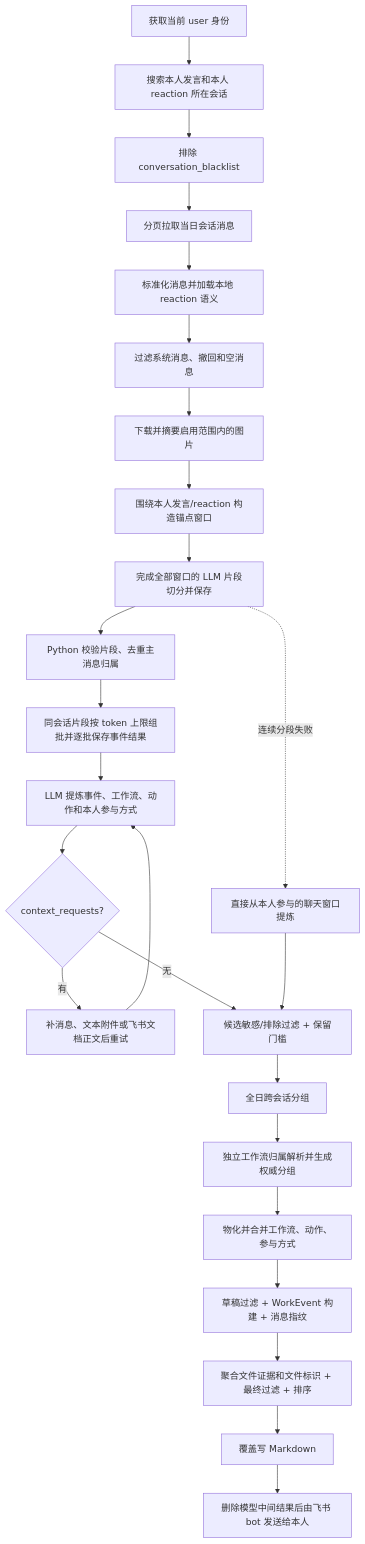
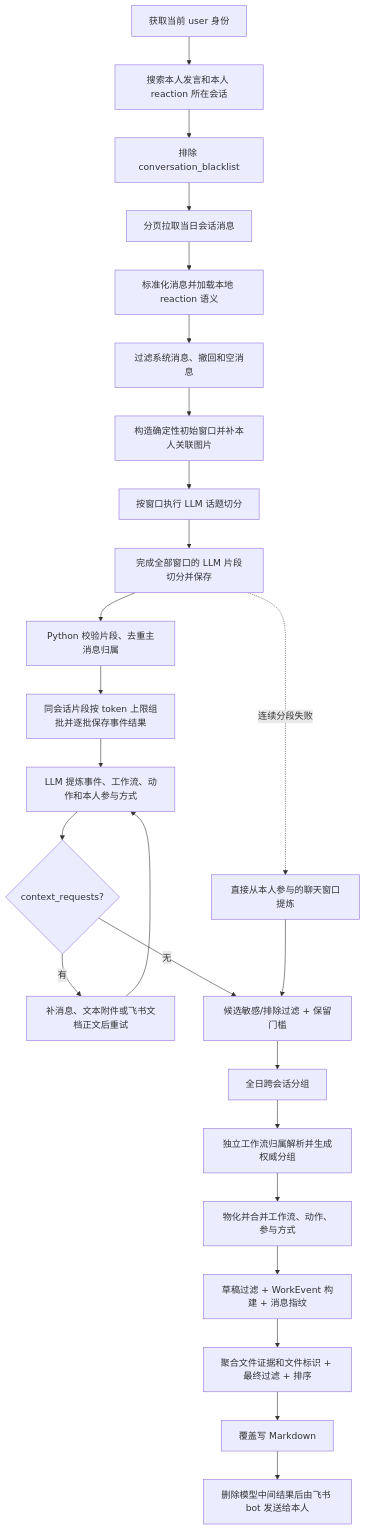
One commit to sunweisheng/WorkTrace changed the second of 3 diagrams in README.md. Above: the diagram before and after it, drawn with Mermaid. The commit also changed other lines of this file and 11 other files, not shown here.

````diff
--- a/README.md
+++ b/README.md
@@ -90,28 +90,28 @@
 ```mermaid
 flowchart TD
     A["获取当前 user 身份"] --> B["搜索本人发言和本人 reaction 所在会话"]
     B --> C["排除 conversation_blacklist"]
     C --> D["分页拉取当日会话消息"]
     D --> E["标准化消息并加载本地 reaction 语义"]
     E --> F["过滤系统消息、撤回和空消息"]
-    F --> G["下载并摘要启用范围内的图片"]
-    G --> H["围绕本人发言/reaction 构造锚点窗口"]
+    F --> G["构造确定性初始窗口并补本人关联图片"]
+    G --> H["按窗口执行 LLM 话题切分"]
     H --> I["完成全部窗口的 LLM 片段切分并保存"]
     I --> J["Python 校验片段、去重主消息归属"]
     J --> K["同会话片段按 token 上限组批并逐批保存事件结果"]
     K --> L["LLM 提炼事件、工作流、动作和本人参与方式"]
     L --> M{"context_requests?"}
     M -->|"有"| N["补消息、文本附件或飞书文档正文后重试"]
     N --> L
     M -->|"无"| O["候选敏感/排除过滤 + 保留门槛"]
     O --> P["全日跨会话分组"]
     P --> Q["独立工作流归属解析并生成权威分组"]
     Q --> R["物化并合并工作流、动作、参与方式"]
     R --> S["草稿过滤 + WorkEvent 构建 + 消息指纹"]
     S --> T["聚合文件证据和文件标识 + 最终过滤 + 排序"]
     T --> U["覆盖写 Markdown"]
     U --> V["删除模型中间结果后由飞书 bot 发送给本人"]
 
     I -. "连续分段失败" .-> W["直接从本人参与的聊天窗口提炼"]
     W --> O
 ```
````
